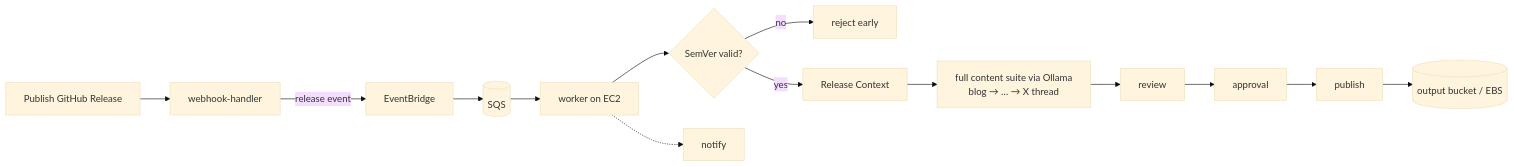
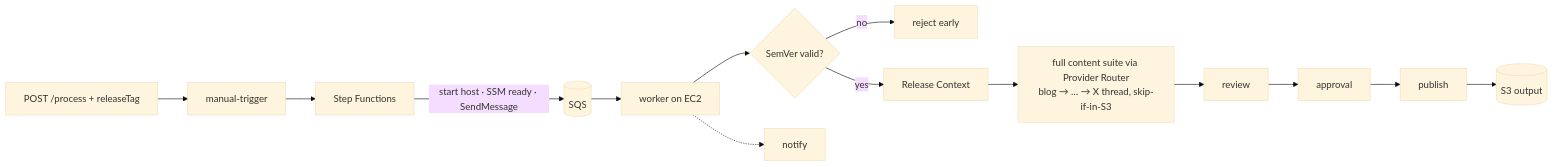
Before and after one commit to teddynted/ai-github-repository-blog-generator: the diagram in docs/runbook-release-to-content.md, drawn with Mermaid (base theme). The commit also changed other lines of this file and 16 other files, not shown here.

````diff
--- a/docs/runbook-release-to-content.md
+++ b/docs/runbook-release-to-content.md
@@ -17,13 +17,13 @@
 ```mermaid
 flowchart LR
-    REL[Publish GitHub Release] --> WH[webhook-handler]
-    WH -->|release event| EB[EventBridge]
-    EB --> SQS[(SQS)]
+    P[POST /process + releaseTag] --> LT[manual-trigger]
+    LT --> SFN[Step Functions]
+    SFN -->|start host · SSM ready · SendMessage| SQS[(SQS)]
     SQS --> W[worker on EC2]
     W --> SV{SemVer valid?}
     SV -- no --> STOP[reject early]
     SV -- yes --> CTX[Release Context]
-    CTX --> GEN[full content suite via Ollama\nblog → … → X thread]
-    GEN --> REV[review] --> APP[approval] --> PUB[publish] --> OUT[(output bucket / EBS)]
+    CTX --> GEN[full content suite via Provider Router\nblog → … → X thread, skip-if-in-S3]
+    GEN --> REV[review] --> APP[approval] --> PUB[publish] --> OUT[(S3 output)]
     W -.-> NOTE[notify]
 ```
````
